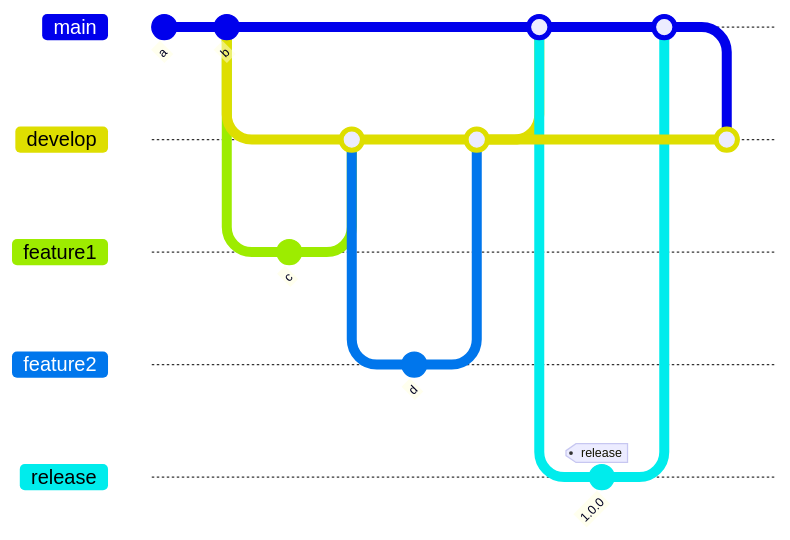
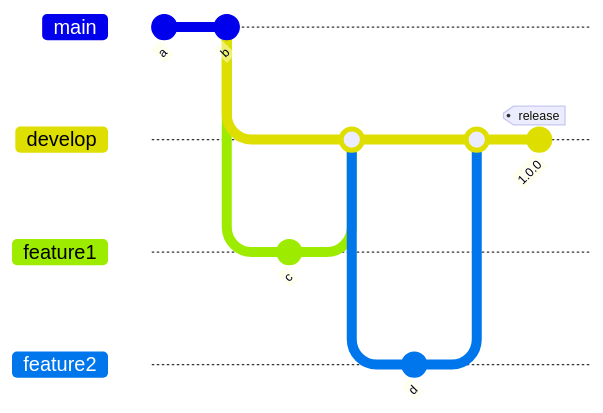
One commit to deven-org/boiler changed the diagram in docs/DEPLOYMENT.md. Above: the diagram before and after it, drawn with Mermaid. The commit also changed other lines of this file and 1 other file, not shown here.

Commit message:
feat(release): trigger release using release please bot on dev branch

````diff
--- a/docs/DEPLOYMENT.md
+++ b/docs/DEPLOYMENT.md
@@ -33,27 +33,18 @@
 ```mermaid
         gitGraph
-       commit id: "a"
+        commit id: "a"
        commit id: "b"
        branch develop
-       checkout develop
        checkout develop
        branch feature1
        checkout feature1
        commit id: "c"
        checkout develop
        merge feature1
        branch feature2
        checkout feature2
        commit id: "d"
        checkout develop
        merge feature2
-       checkout main
-       merge develop
-       branch "release"
-       checkout release
        commit id: "1.0.0" tag: "release"
-       checkout main
-       merge release
-       checkout develop
-       merge main
 ```
````
